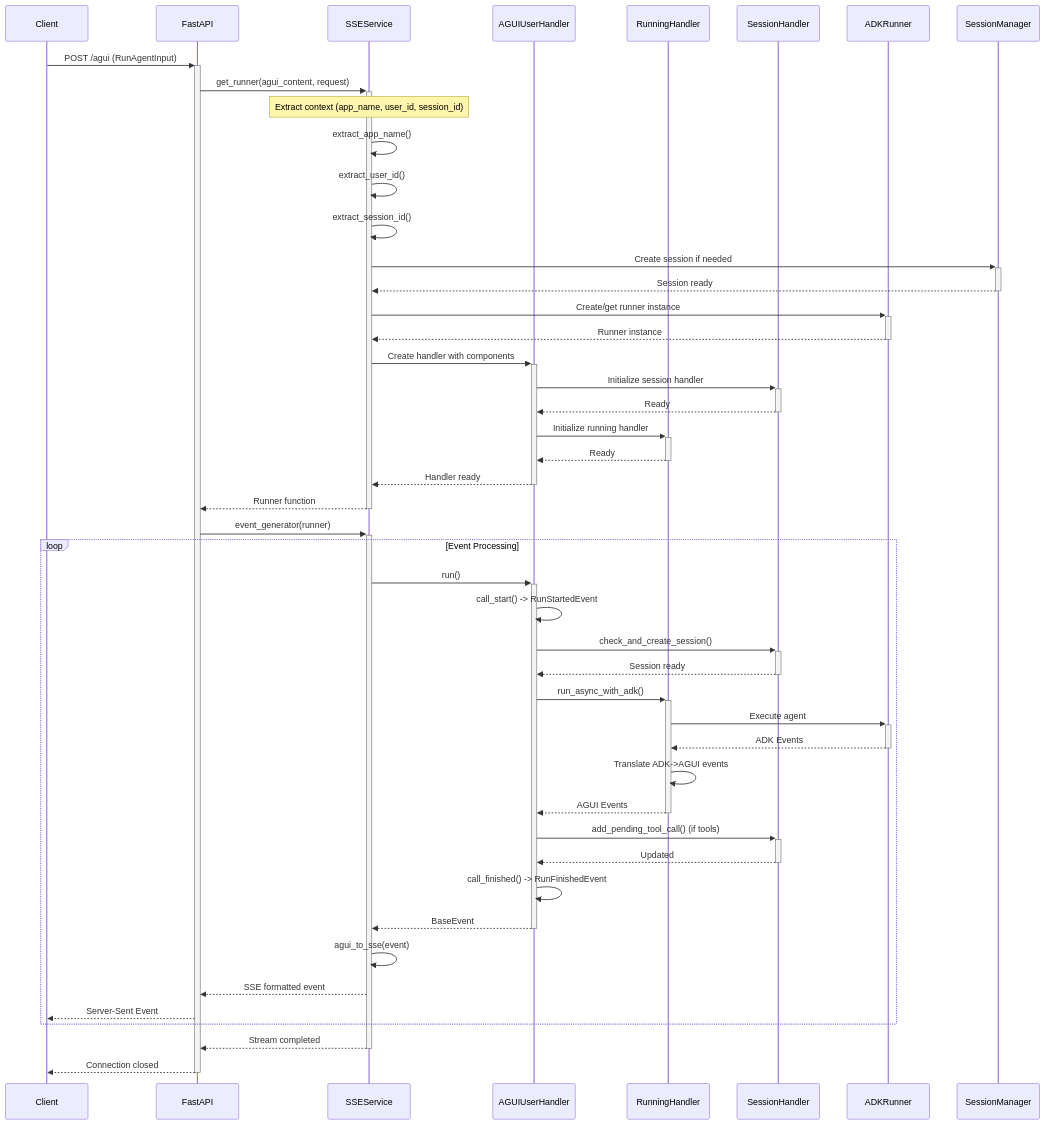
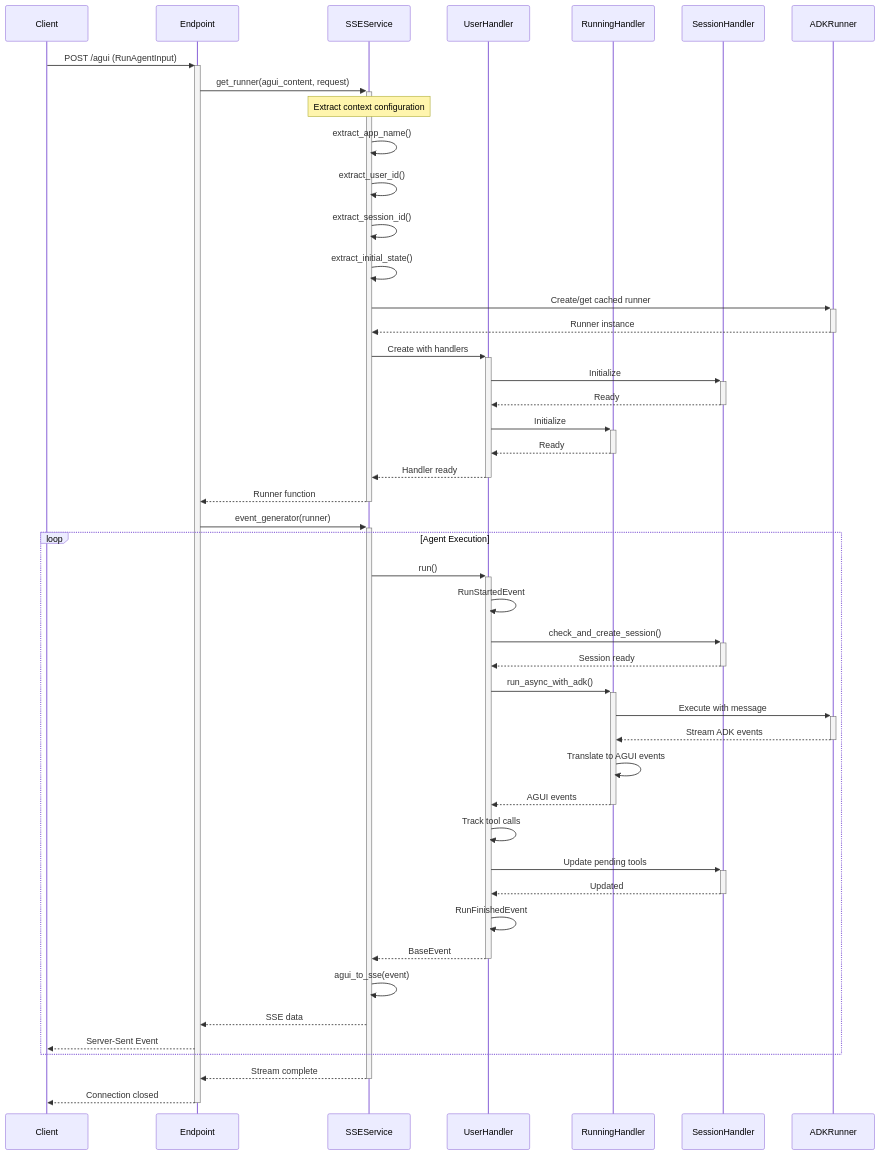
The second of 2 diagrams in README.md (trendmicro/adk-agui-middleware), drawn with Mermaid before and after one commit. The commit also changed other lines of this file, not shown here.

Commit message:
feat: Refactor README for clarity and consistency, update context configuration references

````diff
--- a/README.md
+++ b/README.md
@@ -119,61 +102,59 @@
 ```mermaid
 sequenceDiagram
     participant Client
-    participant FastAPI
+    participant Endpoint
     participant SSEService
-    participant AGUIUserHandler
+    participant UserHandler
     participant RunningHandler
     participant SessionHandler
     participant ADKRunner
-    participant SessionManager
     
-    Client->>+FastAPI: POST /agui (RunAgentInput)
-    FastAPI->>+SSEService: get_runner(agui_content, request)
+    Client->>+Endpoint: POST /agui (RunAgentInput)
+    Endpoint->>+SSEService: get_runner(agui_content, request)
     
-    Note over SSEService: Extract context (app_name, user_id, session_id)
+    Note over SSEService: Extract context configuration
     SSEService->>SSEService: extract_app_name()
     SSEService->>SSEService: extract_user_id()
     SSEService->>SSEService: extract_session_id()
+    SSEService->>SSEService: extract_initial_state()
     
-    SSEService->>+SessionManager: Create session if needed
-    SessionManager-->>-SSEService: Session ready
-    
-    SSEService->>+ADKRunner: Create/get runner instance
+    SSEService->>+ADKRunner: Create/get cached runner
     ADKRunner-->>-SSEService: Runner instance
     
-    SSEService->>+AGUIUserHandler: Create handler with components
-    AGUIUserHandler->>+SessionHandler: Initialize session handler
-    SessionHandler-->>-AGUIUserHandler: Ready
-    AGUIUserHandler->>+RunningHandler: Initialize running handler
-    RunningHandler-->>-AGUIUserHandler: Ready
-    AGUIUserHandler-->>-SSEService: Handler ready
+    SSEService->>+UserHandler: Create with handlers
+    UserHandler->>+SessionHandler: Initialize
+    SessionHandler-->>-UserHandler: Ready
+    UserHandler->>+RunningHandler: Initialize
+    RunningHandler-->>-UserHandler: Ready
+    UserHandler-->>-SSEService: Handler ready
     
-    SSEService-->>-FastAPI: Runner function
-    FastAPI->>+SSEService: event_generator(runner)
+    SSEService-->>-Endpoint: Runner function
+    Endpoint->>+SSEService: event_generator(runner)
     
-    loop Event Processing
-        SSEService->>+AGUIUserHandler: run()
-        AGUIUserHandler->>AGUIUserHandler: call_start() -> RunStartedEvent
-        AGUIUserHandler->>+SessionHandler: check_and_create_session()
-        SessionHandler-->>-AGUIUserHandler: Session ready
+    loop Agent Execution
+        SSEService->>+UserHandler: run()
+        UserHandler->>UserHandler: RunStartedEvent
+        UserHandler->>+SessionHandler: check_and_create_session()
+        SessionHandler-->>-UserHandler: Session ready
         
-        AGUIUserHandler->>+RunningHandler: run_async_with_adk()
-        RunningHandler->>+ADKRunner: Execute agent
-        ADKRunner-->>-RunningHandler: ADK Events
-        RunningHandler->>RunningHandler: Translate ADK->AGUI events
-        RunningHandler-->>-AGUIUserHandler: AGUI Events
+        UserHandler->>+RunningHandler: run_async_with_adk()
+        RunningHandler->>+ADKRunner: Execute with message
+        ADKRunner-->>-RunningHandler: Stream ADK events
+        RunningHandler->>RunningHandler: Translate to AGUI events
+        RunningHandler-->>-UserHandler: AGUI events
         
-        AGUIUserHandler->>+SessionHandler: add_pending_tool_call() (if tools)
-        SessionHandler-->>-AGUIUserHandler: Updated
+        UserHandler->>UserHandler: Track tool calls
+        UserHandler->>+SessionHandler: Update pending tools
+        SessionHandler-->>-UserHandler: Updated
         
-        AGUIUserHandler->>AGUIUserHandler: call_finished() -> RunFinishedEvent
-        AGUIUserHandler-->>-SSEService: BaseEvent
+        UserHandler->>UserHandler: RunFinishedEvent
+        UserHandler-->>-SSEService: BaseEvent
         
         SSEService->>SSEService: agui_to_sse(event)
-        SSEService-->>FastAPI: SSE formatted event
-        FastAPI-->>Client: Server-Sent Event
+        SSEService-->>Endpoint: SSE data
+        Endpoint-->>Client: Server-Sent Event
     end
     
-    SSEService-->>-FastAPI: Stream completed
-    FastAPI-->>-Client: Connection closed
+    SSEService-->>-Endpoint: Stream complete
+    Endpoint-->>-Client: Connection closed
 ```
````
